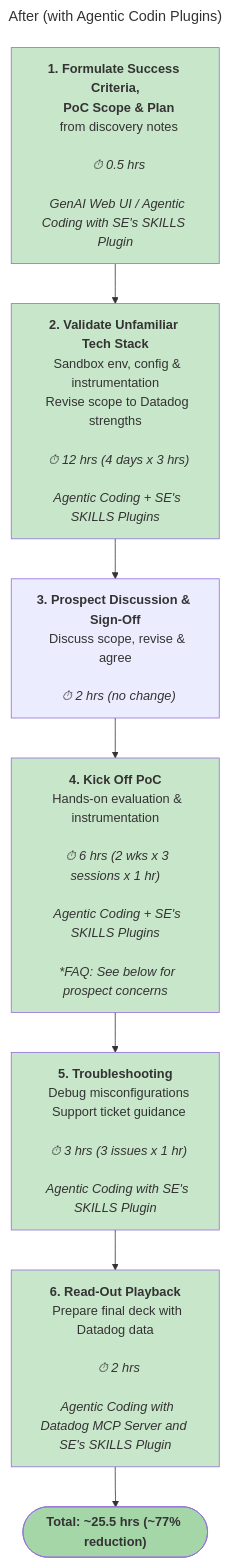
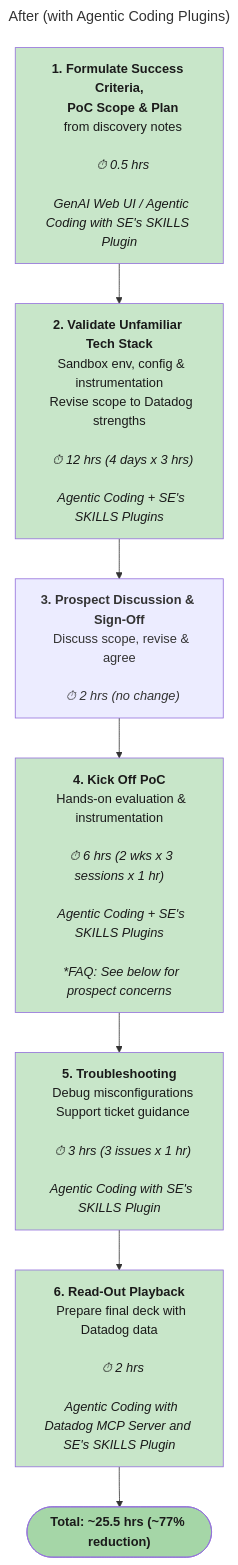
One commit to jek-bao-choo/sales-engineering-poc-automation changed the second of 2 diagrams in docs/index.md. Above: the diagram before and after it, drawn with Mermaid. The commit also changed other lines of this file, not shown here.

Commit message:
Fix dark mode contrast and remove search bar
Add explicit dark text color to green After diagram nodes for readable
contrast in dark mode. Disable search plugin and update page headings.

````diff
--- a/docs/index.md
+++ b/docs/index.md
@@ -65,53 +65,53 @@
 ``` mermaid
 ---
-title: After (with Agentic Codin Plugins)
+title: After (with Agentic Coding Plugins)
 ---
 graph TD
   A["<b>1. Formulate Success Criteria,</b>
   <b>PoC Scope & Plan</b>
   from discovery notes
   <i></i>
   <i>⏱ 0.5 hrs</i>
   <i></i>  
   <i>GenAI Web UI / Agentic Coding with SE's SKILLS Plugin</i>"]
   B["<b>2. Validate Unfamiliar Tech Stack</b>
   Sandbox env, config & instrumentation
   Revise scope to Datadog strengths
   <i></i>
   <i>⏱ 12 hrs (4 days x 3 hrs)</i>
   <i></i>
   <i>Agentic Coding + SE's SKILLS Plugins</i>"]
   C["<b>3. Prospect Discussion & Sign-Off</b>
   Discuss scope, revise & agree
   <i></i>
   <i>⏱ 2 hrs (no change)</i>"]
   D["<b>4. Kick Off PoC</b>
   Hands-on evaluation & instrumentation
   <i></i>
   <i>⏱ 6 hrs (2 wks x 3 sessions x 1 hr)</i>
   <i></i>  
   <i>Agentic Coding + SE's SKILLS Plugins</i>
   <i></i>
   <i>*FAQ: See below for prospect concerns</i>"]
   E["<b>5. Troubleshooting</b>
   Debug misconfigurations
   Support ticket guidance
   <i></i>
   <i>⏱ 3 hrs (3 issues x 1 hr)</i>
   <i></i>
   <i>Agentic Coding with SE's SKILLS Plugin</i>"]
   F["<b>6. Read-Out Playback</b>
   Prepare final deck with Datadog data
   <i></i>
   <i>⏱ 2 hrs</i>
   <i></i>
   <i>Agentic Coding with Datadog MCP Server and SE's SKILLS Plugin</i>"]
   G(["<b>Total: ~25.5 hrs (~77% reduction)</b>"])
   A --> B --> C --> D --> E --> F --> G
-  style A fill:#c8e6c9
-  style B fill:#c8e6c9
-  style D fill:#c8e6c9
-  style E fill:#c8e6c9
-  style F fill:#c8e6c9
-  style G fill:#a5d6a7
+  style A fill:#c8e6c9,color:#1a1a1a
+  style B fill:#c8e6c9,color:#1a1a1a
+  style D fill:#c8e6c9,color:#1a1a1a
+  style E fill:#c8e6c9,color:#1a1a1a
+  style F fill:#c8e6c9,color:#1a1a1a
+  style G fill:#a5d6a7,color:#1a1a1a
 ```
````
